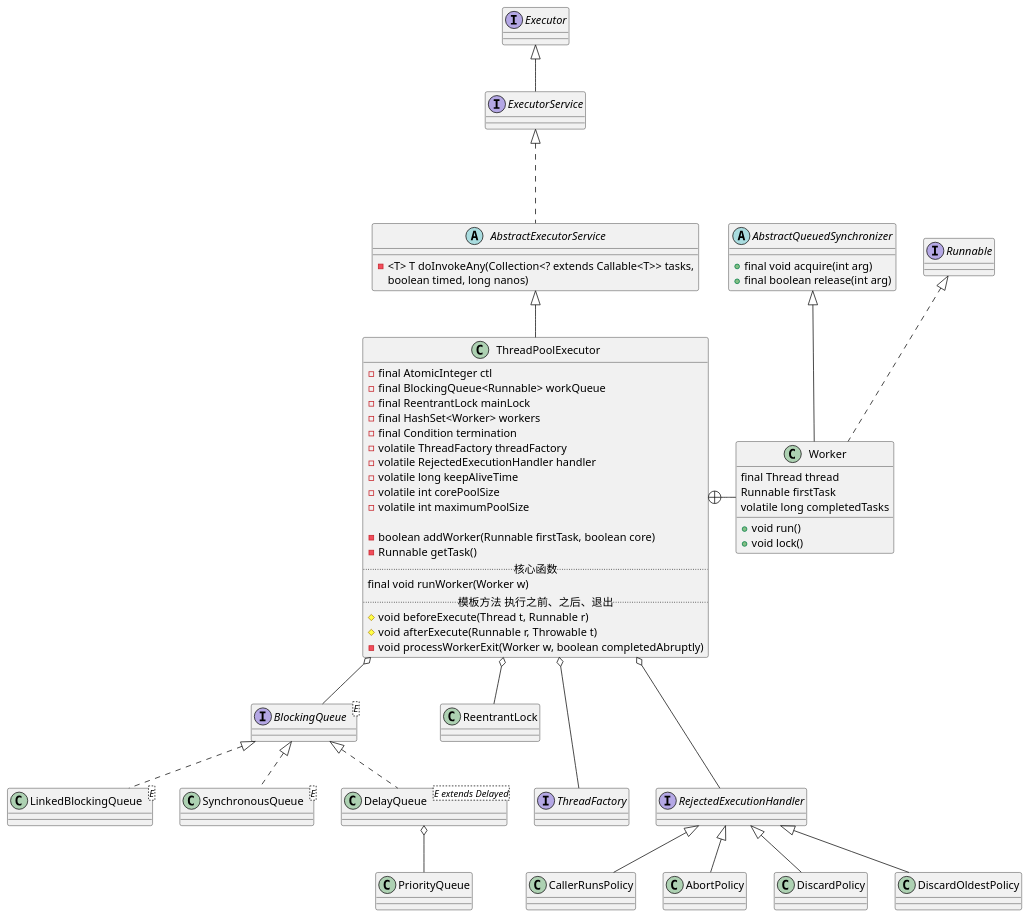
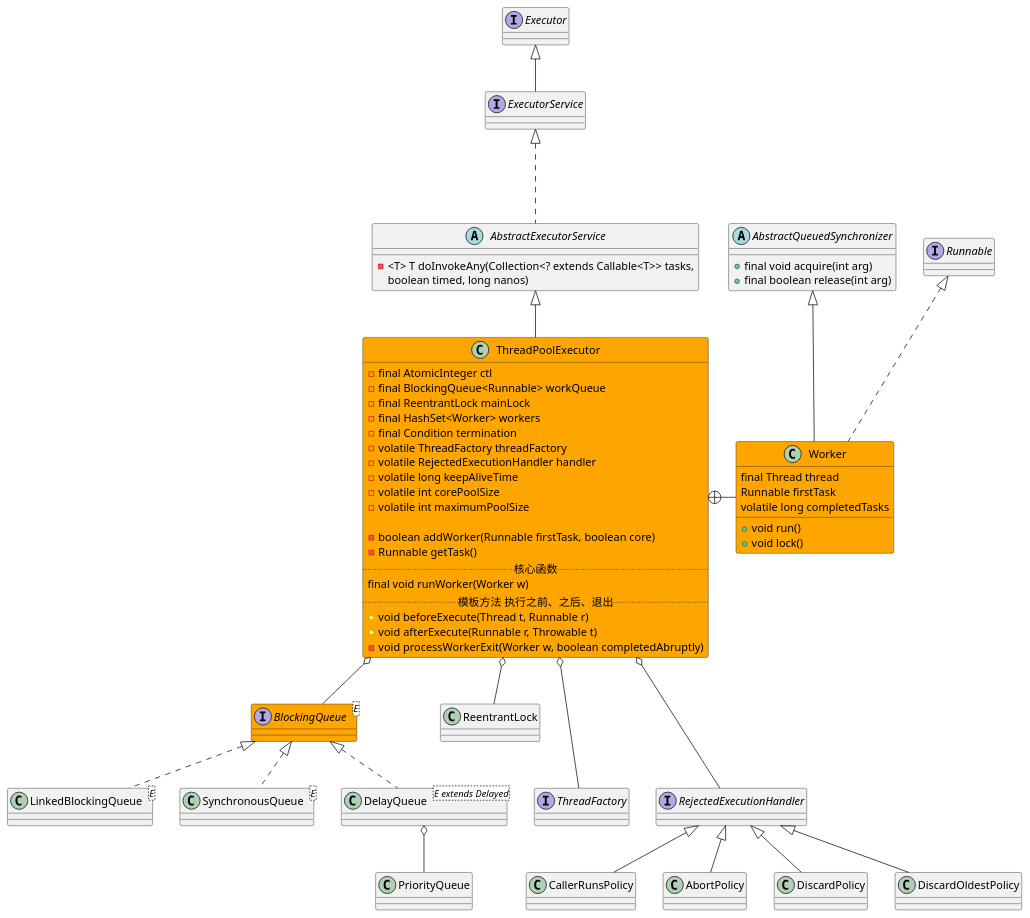
Before and after one commit to onlyonion/development: the first of 4 diagrams in docs/10-java/src/rt.jar.src/java/util/concurrent/executor.ThreadPoolExecutor.md, drawn with PlantUML. The commit also changed other lines of this file and 26 other files, not shown here.

```diff
--- a/docs/10-java/src/rt.jar.src/java/util/concurrent/executor.ThreadPoolExecutor.md
+++ b/docs/10-java/src/rt.jar.src/java/util/concurrent/executor.ThreadPoolExecutor.md
@@ -63,7 +63,7 @@
 }
 
 '''''''''''''''''''' ThreadPoolExecutor ''''''''''''''''''''
-class ThreadPoolExecutor {
+class ThreadPoolExecutor #orange {
     - final AtomicInteger ctl
     - final BlockingQueue<Runnable> workQueue
     - final ReentrantLock mainLock
@@ -100,7 +100,7 @@
 }
 interface Runnable
 Runnable ^.. Worker
-class Worker {
+class Worker #orange {
     final Thread thread
     Runnable firstTask
     volatile long completedTasks
@@ -112,7 +112,7 @@
 ThreadPoolExecutor +- Worker
 
 '''''''''''''''''''' BlockingQueue ''''''''''''''''''''
-interface BlockingQueue<E>
+interface BlockingQueue<E> #orange 
 class LinkedBlockingQueue<E>
 class SynchronousQueue<E> 
 class DelayQueue<E extends Delayed> 
```
